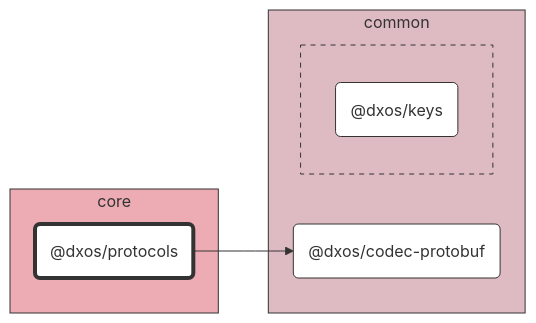
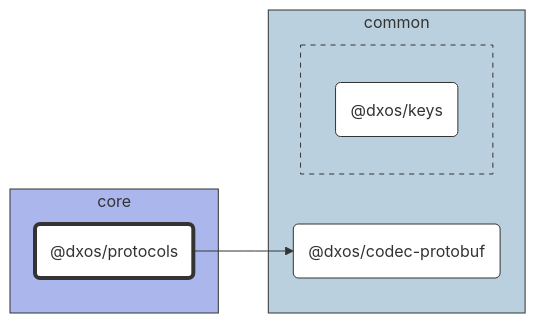
The diagram in packages/core/protocols/docs/README.md (dxos/dxos), drawn with Mermaid before and after one commit. The commit also changed 86 other files, not shown here.

````diff
--- a/packages/core/protocols/docs/README.md
+++ b/packages/core/protocols/docs/README.md
@@ -7,33 +7,33 @@
 ```mermaid
 %%{ init: {'flowchart':{'curve':'basis'}} }%%
 
 flowchart LR
 
 %% Classes
 classDef def fill:#fff,stroke:#333,stroke-width:1px
 classDef root fill:#fff,stroke:#333,stroke-width:4px
 
 %% Nodes
 
 subgraph core [core]
-  style core fill:#edabb3,stroke:#333
+  style core fill:#abb6ed,stroke:#333
   dxos/protocols("@dxos/protocols"):::root
   click dxos/protocols "dxos/dxos/tree/main/packages/core/protocols/docs"
 end
 
 subgraph common [common]
-  style common fill:#debac2,stroke:#333
+  style common fill:#bad0de,stroke:#333
   dxos/codec-protobuf("@dxos/codec-protobuf"):::def
   click dxos/codec-protobuf "dxos/dxos/tree/main/packages/common/codec-protobuf/docs"
 
   subgraph _ [ ]
-    style _ fill:#debac2,stroke:#333,stroke-dasharray:5 5
+    style _ fill:#bad0de,stroke:#333,stroke-dasharray:5 5
     dxos/keys("@dxos/keys"):::def
     click dxos/keys "dxos/dxos/tree/main/packages/common/keys/docs"
   end
 end
 
 %% Links
 linkStyle default stroke:#333,stroke-width:1px
 dxos/protocols --> dxos/codec-protobuf
 ```
````
